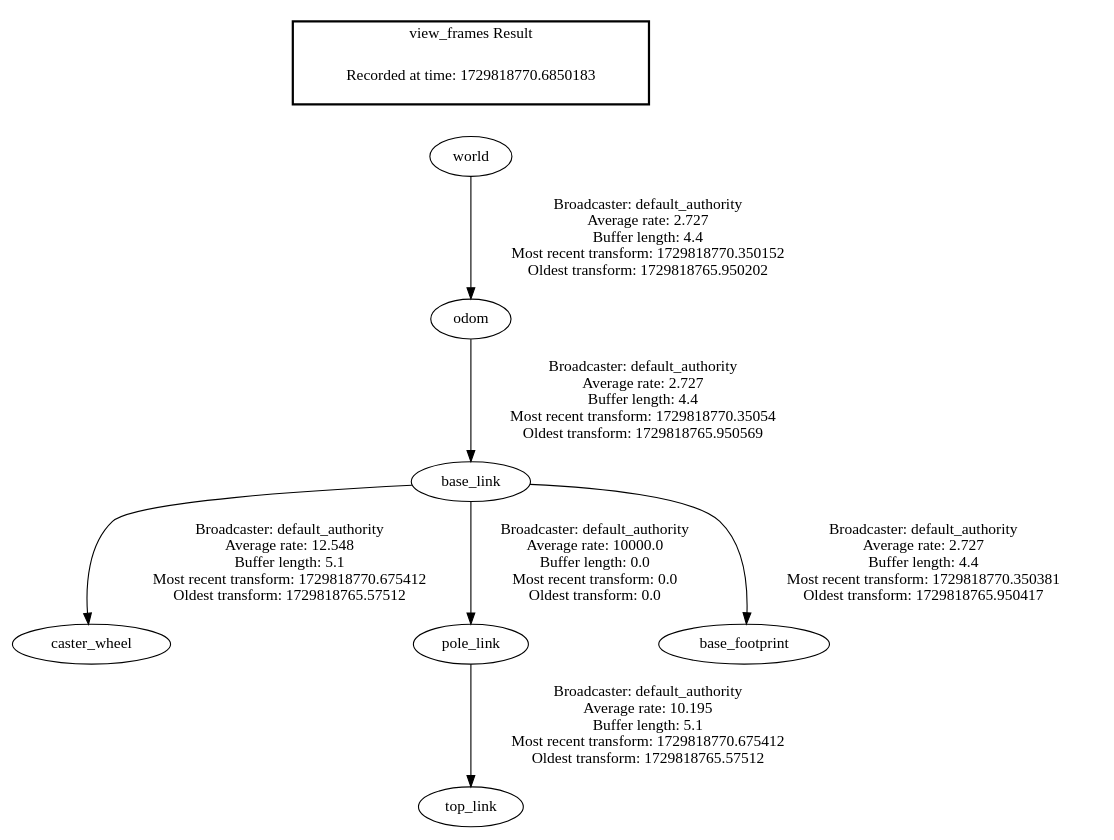
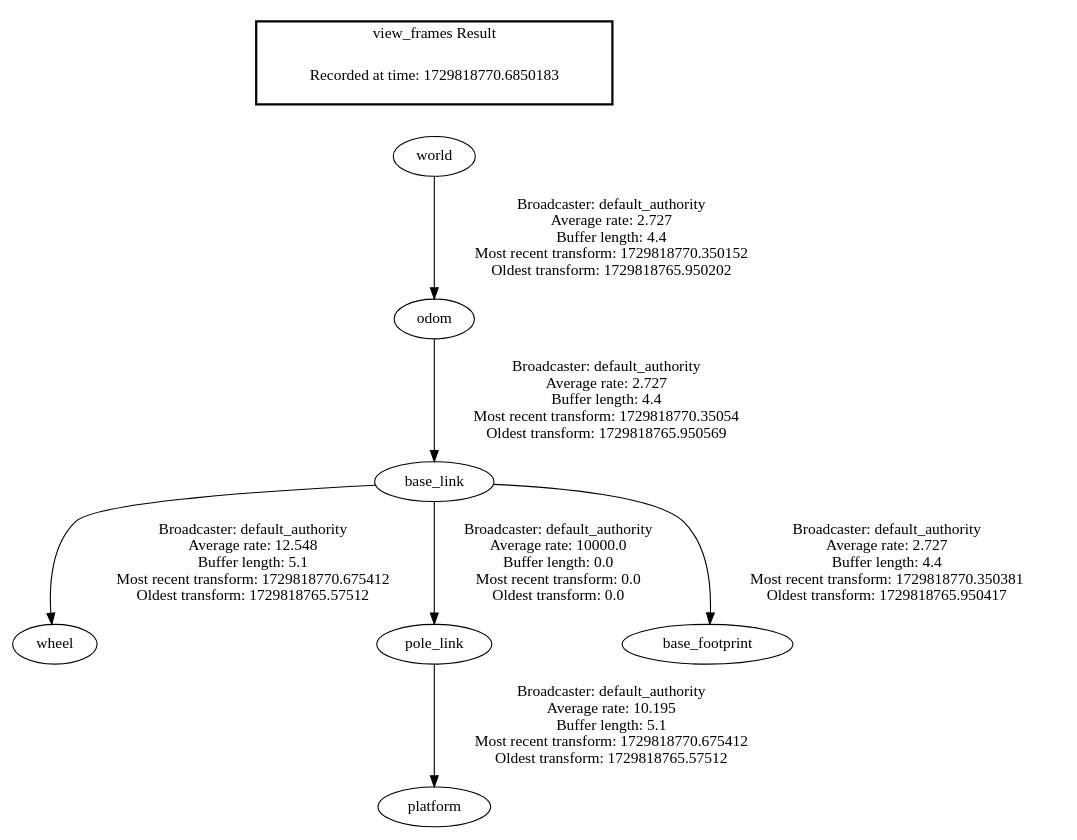
Before and after one commit to ME495-EmbeddedSystems/homework-2-asarogers: the diagram in frames_2024-10-24_20.12.50.gv, drawn with Graphviz. The commit also changed 12 other files, not shown here.

```diff
--- a/frames_2024-10-24_20.12.50.gv
+++ b/frames_2024-10-24_20.12.50.gv
@@ -1,12 +1,12 @@
 digraph G {
-"base_link" -> "caster_wheel"[label=" Broadcaster: default_authority\nAverage rate: 12.548\nBuffer length: 5.1\nMost recent transform: 1729818770.675412\nOldest transform: 1729818765.57512\n"];
+"base_link" -> "wheel"[label=" Broadcaster: default_authority\nAverage rate: 12.548\nBuffer length: 5.1\nMost recent transform: 1729818770.675412\nOldest transform: 1729818765.57512\n"];
 "odom" -> "base_link"[label=" Broadcaster: default_authority\nAverage rate: 2.727\nBuffer length: 4.4\nMost recent transform: 1729818770.35054\nOldest transform: 1729818765.950569\n"];
-"pole_link" -> "top_link"[label=" Broadcaster: default_authority\nAverage rate: 10.195\nBuffer length: 5.1\nMost recent transform: 1729818770.675412\nOldest transform: 1729818765.57512\n"];
+"pole_link" -> "platform"[label=" Broadcaster: default_authority\nAverage rate: 10.195\nBuffer length: 5.1\nMost recent transform: 1729818770.675412\nOldest transform: 1729818765.57512\n"];
 "base_link" -> "pole_link"[label=" Broadcaster: default_authority\nAverage rate: 10000.0\nBuffer length: 0.0\nMost recent transform: 0.0\nOldest transform: 0.0\n"];
 "base_link" -> "base_footprint"[label=" Broadcaster: default_authority\nAverage rate: 2.727\nBuffer length: 4.4\nMost recent transform: 1729818770.350381\nOldest transform: 1729818765.950417\n"];
 "world" -> "odom"[label=" Broadcaster: default_authority\nAverage rate: 2.727\nBuffer length: 4.4\nMost recent transform: 1729818770.350152\nOldest transform: 1729818765.950202\n"];
 edge [style=invis];
  subgraph cluster_legend { style=bold; color=black; label ="view_frames Result";
 "Recorded at time: 1729818770.6850183"[ shape=plaintext ] ;
 }->"world";
 }
```
